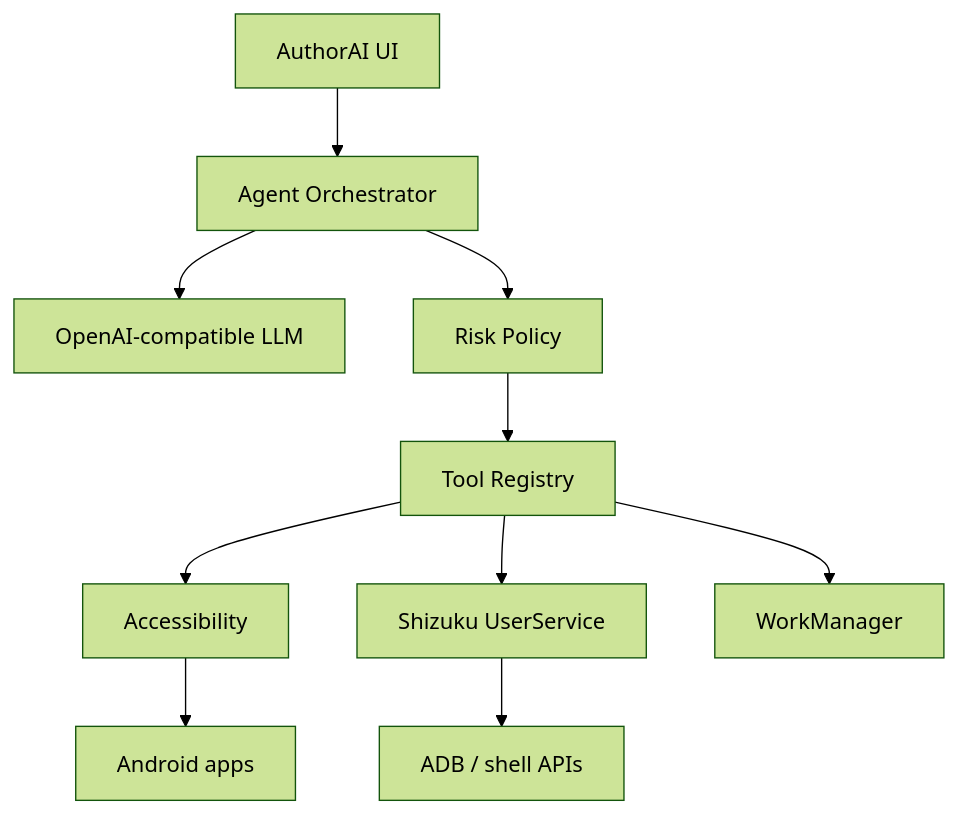
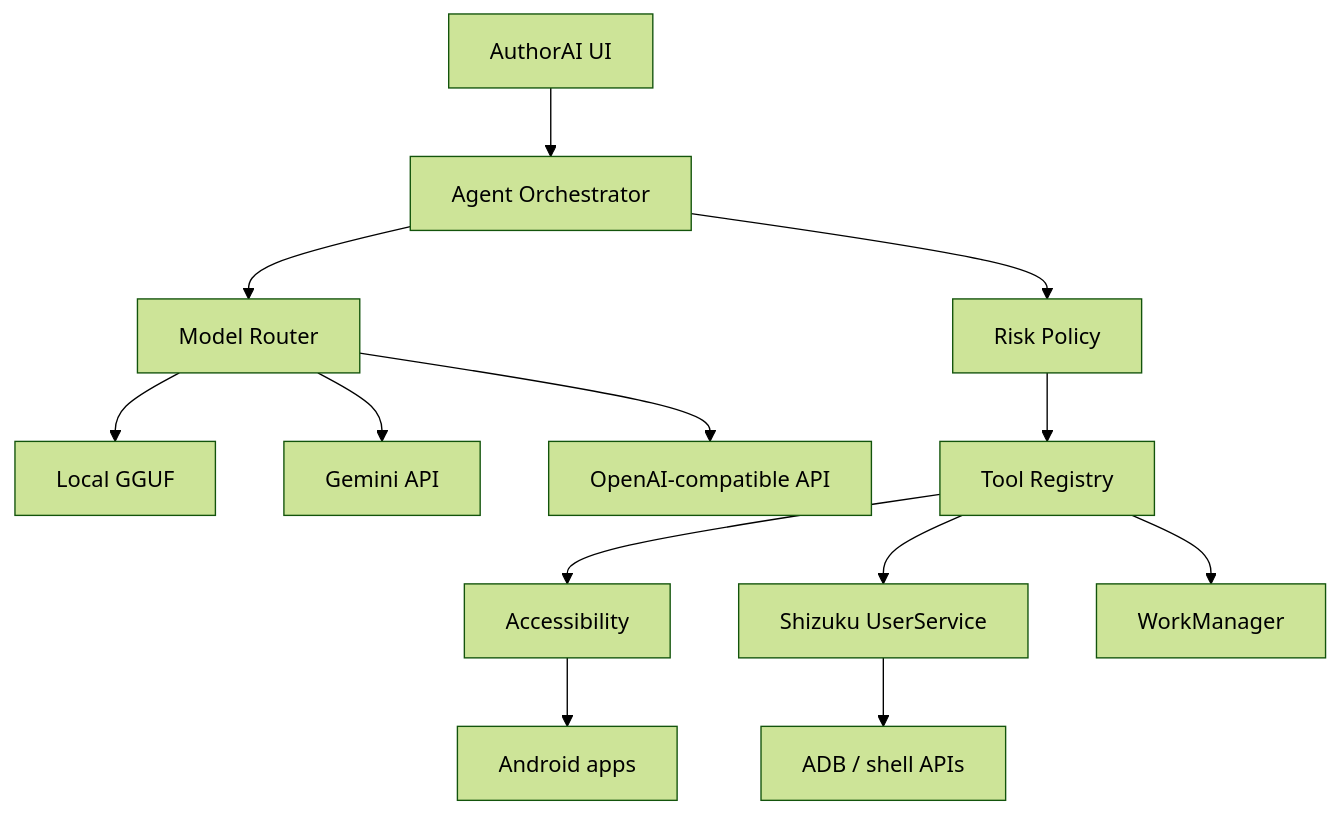
One commit to VadymYem/Jarvis changed the diagram in README.md. Above: the diagram before and after it, drawn with Mermaid (forest theme). The commit also changed other lines of this file and 26 other files, not shown here.

Commit message:
feat: add local GGUF and multi-provider model routing

````diff
--- a/README.md
+++ b/README.md
@@ -26,12 +28,15 @@
 ```mermaid
 flowchart TD
     UI["AuthorAI UI"] --> LOOP["Agent Orchestrator"]
-    LOOP --> LLM["OpenAI-compatible LLM"]
+    LOOP --> ROUTER["Model Router"]
+    ROUTER --> LOCAL["Local GGUF"]
+    ROUTER --> GEMINI["Gemini API"]
+    ROUTER --> CLOUD["OpenAI-compatible API"]
     LOOP --> POLICY["Risk Policy"]
     POLICY --> TOOLS["Tool Registry"]
     TOOLS --> A11Y["Accessibility"]
     TOOLS --> SHI["Shizuku UserService"]
     TOOLS --> JOBS["WorkManager"]
     A11Y --> APPS["Android apps"]
     SHI --> SHELL["ADB / shell APIs"]
 ```
````
